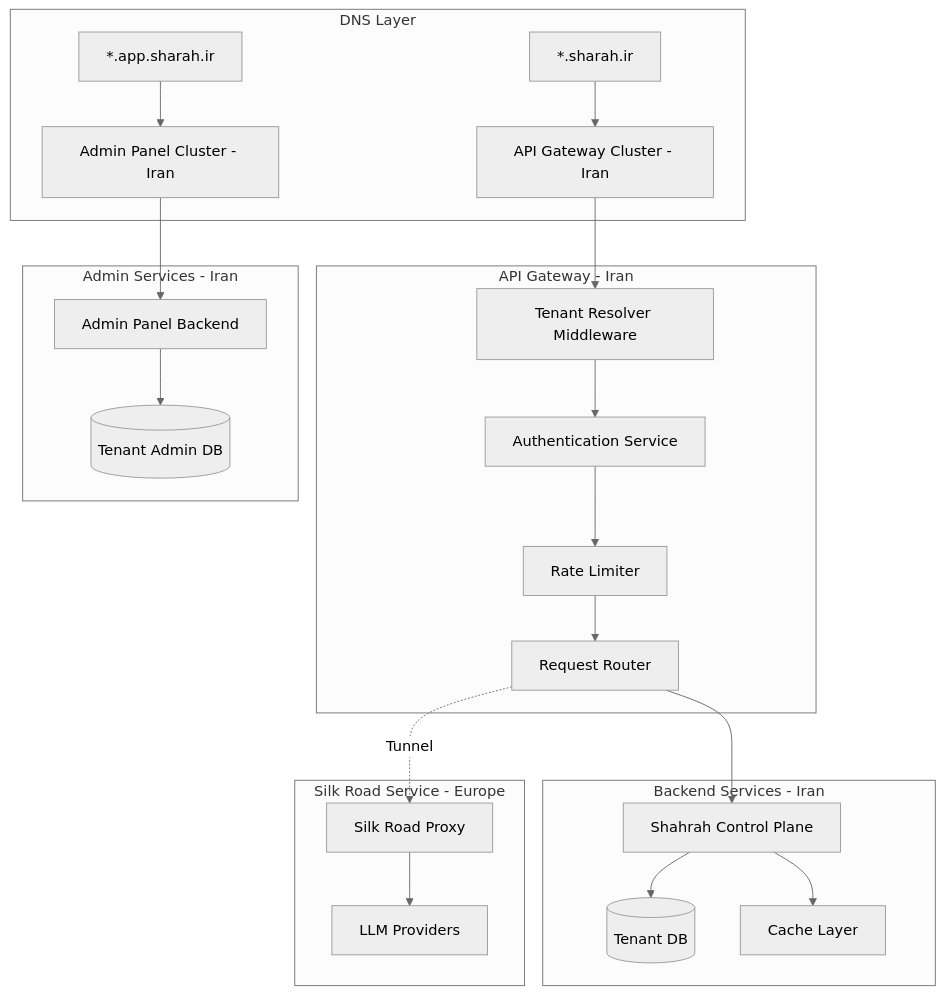
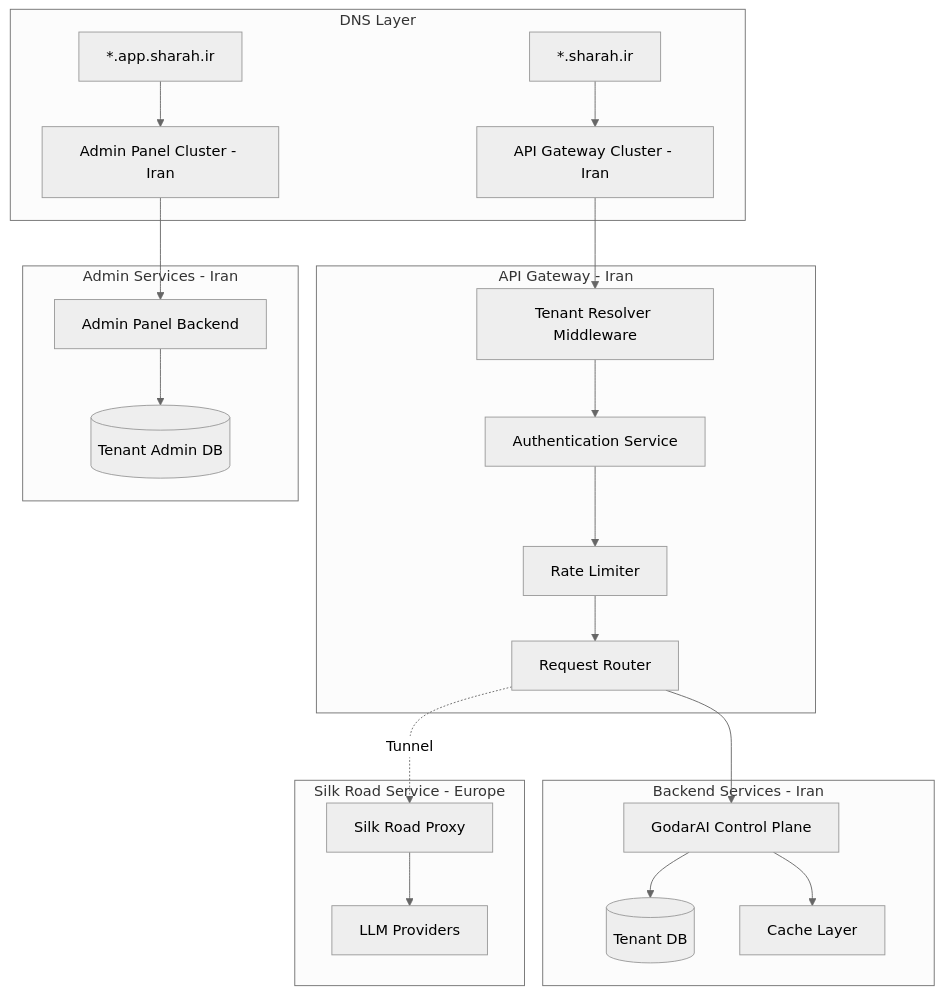
The first of 4 diagrams in plans/03_subdomain_tenant_access.md (godarai-ir/Shahrah), drawn with Mermaid (neutral theme) before and after one commit. The commit also changed other lines of this file and 38 other files, not shown here.

Commit message:
chore(plans): renaming Shahrah to GodarAI

````diff
--- a/plans/03_subdomain_tenant_access.md
+++ b/plans/03_subdomain_tenant_access.md
@@ -28,30 +28,30 @@
 ```mermaid
 graph TB
     subgraph "DNS Layer"
         A["*.sharah.ir"] --> B[API Gateway Cluster - Iran]
         C["*.app.sharah.ir"] --> D[Admin Panel Cluster - Iran]
     end
     
     subgraph "API Gateway - Iran"
         B --> E[Tenant Resolver Middleware]
         E --> F[Authentication Service]
         F --> G[Rate Limiter]
         G --> H[Request Router]
     end
     
     subgraph "Backend Services - Iran"
-        H --> I[Shahrah Control Plane]
+        H --> I[GodarAI Control Plane]
         I --> J[(Tenant DB)]
         I --> K[Cache Layer]
     end
     
     subgraph "Silk Road Service - Europe"
         H -. Tunnel .-> L[Silk Road Proxy]
         L --> M[LLM Providers]
     end
     
     subgraph "Admin Services - Iran"
         D --> N[Admin Panel Backend]
         N --> O[(Tenant Admin DB)]
     end
 ```
````
